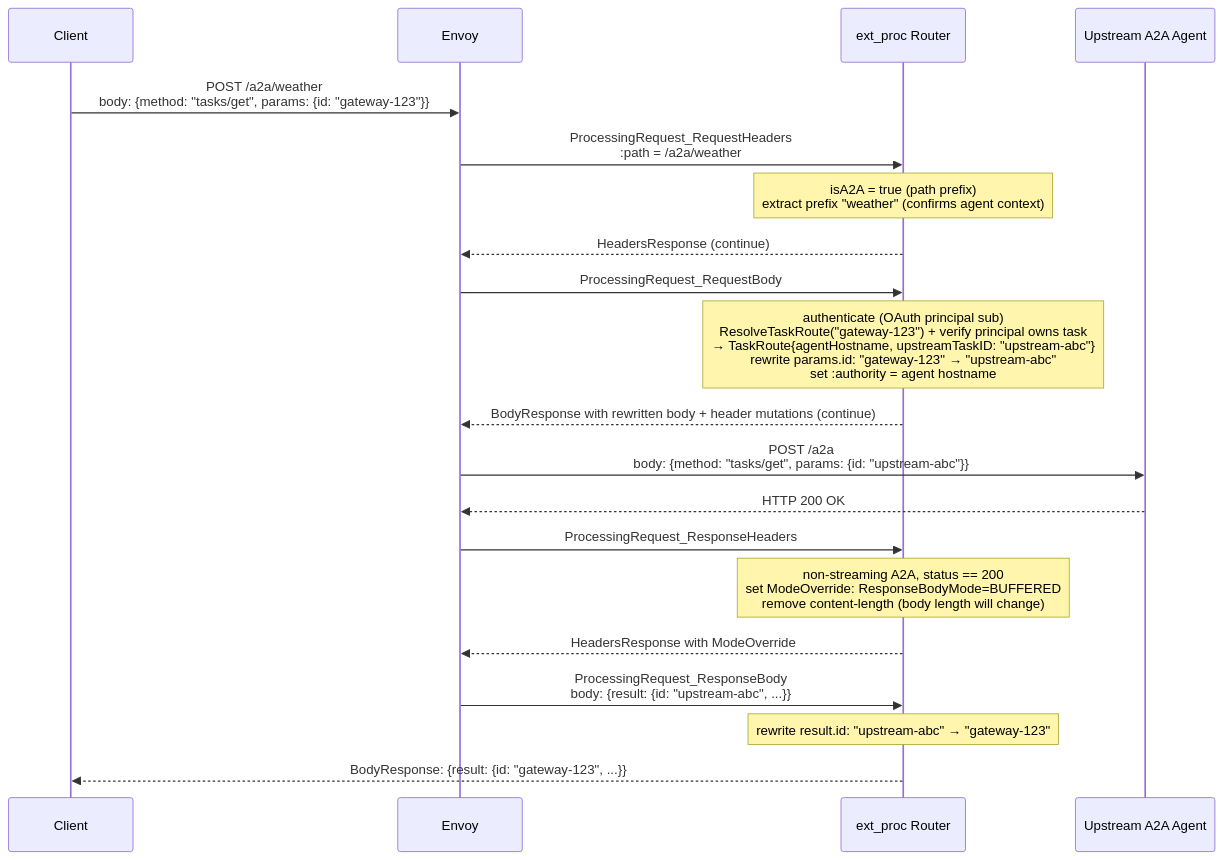
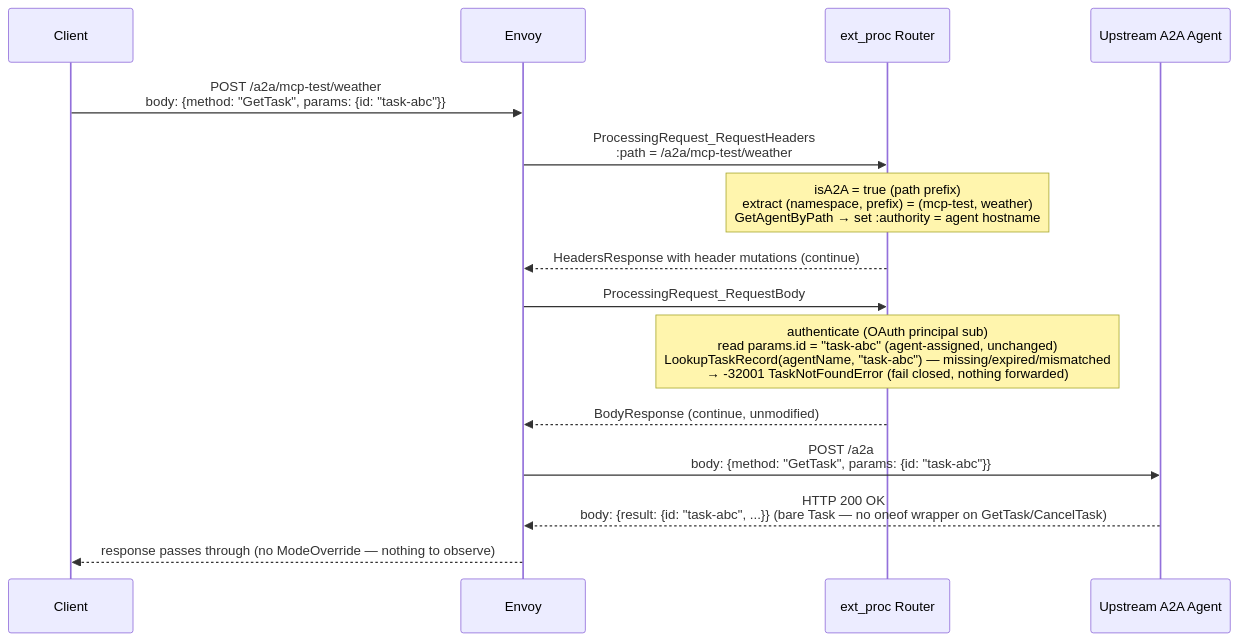
The fourth of 5 diagrams in docs/design/a2a/a2a-design.md (Aman-Cool/A2A-Agent2Agent-protocol), drawn with Mermaid before and after one commit. The commit also changed other lines of this file and 3 other files, not shown here.

````diff
--- a/docs/design/a2a/a2a-design.md
+++ b/docs/design/a2a/a2a-design.md
@@ -317,23 +446,18 @@
 ```mermaid
 sequenceDiagram
     participant Client
     participant Envoy
     participant Router as ext_proc Router
     participant Upstream as Upstream A2A Agent
 
-    Client->>Envoy: POST /a2a/weather<br/>body: {method: "tasks/get", params: {id: "gateway-123"}}
-    Envoy->>Router: ProcessingRequest_RequestHeaders<br/>:path = /a2a/weather
-    Note over Router: isA2A = true (path prefix)<br/>extract prefix "weather" (confirms agent context)
-    Router-->>Envoy: HeadersResponse (continue)
+    Client->>Envoy: POST /a2a/mcp-test/weather<br/>body: {method: "GetTask", params: {id: "task-abc"}}
+    Envoy->>Router: ProcessingRequest_RequestHeaders<br/>:path = /a2a/mcp-test/weather
+    Note over Router: isA2A = true (path prefix)<br/>extract (namespace, prefix) = (mcp-test, weather)<br/>GetAgentByPath → set :authority = agent hostname
+    Router-->>Envoy: HeadersResponse with header mutations (continue)
     Envoy->>Router: ProcessingRequest_RequestBody
-    Note over Router: authenticate (OAuth principal sub)<br/>ResolveTaskRoute("gateway-123") + verify principal owns task<br/>→ TaskRoute{agentHostname, upstreamTaskID: "upstream-abc"}<br/>rewrite params.id: "gateway-123" → "upstream-abc"<br/>set :authority = agent hostname
-    Router-->>Envoy: BodyResponse with rewritten body + header mutations (continue)
-    Envoy->>Upstream: POST /a2a<br/>body: {method: "tasks/get", params: {id: "upstream-abc"}}
-    Upstream-->>Envoy: HTTP 200 OK
-    Envoy->>Router: ProcessingRequest_ResponseHeaders
-    Note over Router: non-streaming A2A, status == 200<br/>set ModeOverride: ResponseBodyMode=BUFFERED<br/>remove content-length (body length will change)
-    Router-->>Envoy: HeadersResponse with ModeOverride
-    Envoy->>Router: ProcessingRequest_ResponseBody<br/>body: {result: {id: "upstream-abc", ...}}
-    Note over Router: rewrite result.id: "upstream-abc" → "gateway-123"
-    Router-->>Client: BodyResponse: {result: {id: "gateway-123", ...}}
+    Note over Router: authenticate (OAuth principal sub)<br/>read params.id = "task-abc" (agent-assigned, unchanged)<br/>LookupTaskRecord(agentName, "task-abc") — missing/expired/mismatched<br/>→ -32001 TaskNotFoundError (fail closed, nothing forwarded)
+    Router-->>Envoy: BodyResponse (continue, unmodified)
+    Envoy->>Upstream: POST /a2a<br/>body: {method: "GetTask", params: {id: "task-abc"}}
+    Upstream-->>Envoy: HTTP 200 OK<br/>body: {result: {id: "task-abc", ...}} (bare Task — no oneof wrapper on GetTask/CancelTask)
+    Envoy-->>Client: response passes through (no ModeOverride — nothing to observe)
 ```
````
